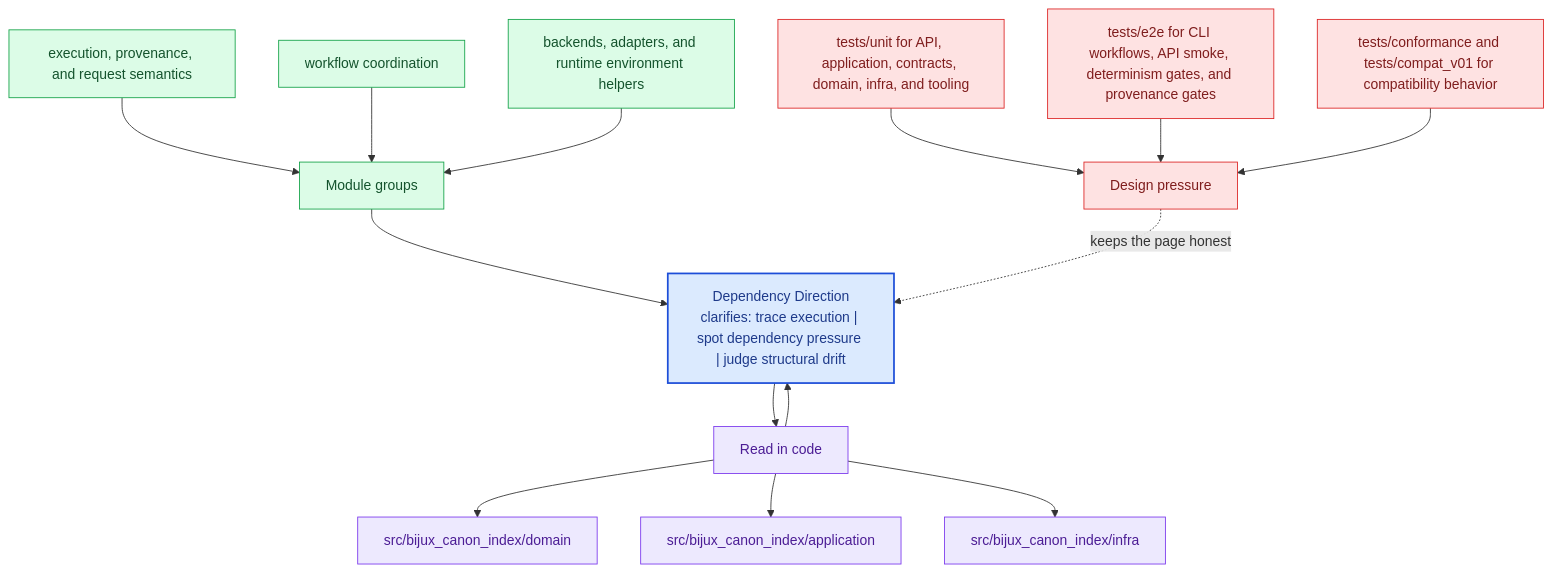
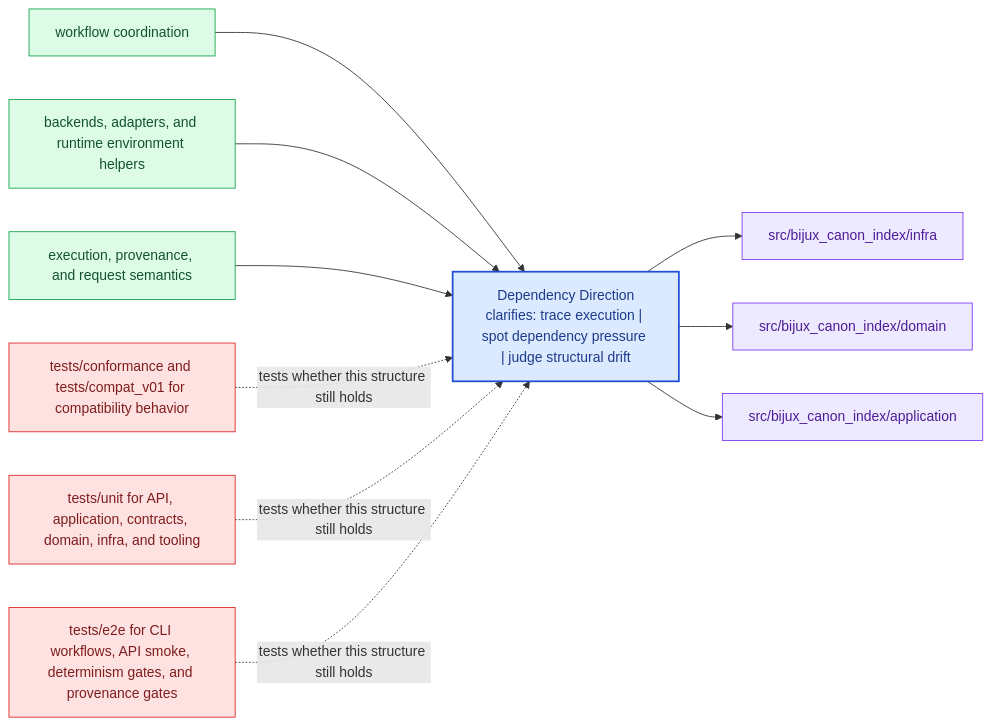
Before and after one commit to bijux/bijux-canon: the diagram in docs/bijux-canon-index/architecture/dependency-direction.md, drawn with Mermaid. The commit also changed other lines of this file and 281 other files, not shown here.

Commit message:
docs(diagrams): replace repeated mermaid scaffolds with page-specific summaries

````diff
--- a/docs/bijux-canon-index/architecture/dependency-direction.md
+++ b/docs/bijux-canon-index/architecture/dependency-direction.md
@@ -68,40 +23,31 @@
 ```mermaid
-flowchart TB
-    promise["Dependency Direction<br/>clarifies: trace execution | spot dependency pressure | judge structural drift"]
-    classDef promise fill:#dbeafe,stroke:#1d4ed8,color:#1e3a8a,stroke-width:2px;
-    classDef driver fill:#dcfce7,stroke:#16a34a,color:#14532d;
-    classDef constraint fill:#fee2e2,stroke:#dc2626,color:#7f1d1d;
-    classDef ground fill:#ede9fe,stroke:#7c3aed,color:#4c1d95;
-    focus1["Module groups"]
-    focus1 --> promise
-    focus1_1["execution, provenance, and request semantics"]
-    focus1_1 --> focus1
-    focus1_2["workflow coordination"]
-    focus1_2 --> focus1
-    focus1_3["backends, adapters, and runtime environment helpers"]
-    focus1_3 --> focus1
-    class focus1 driver;
-    class focus1_1,focus1_2,focus1_3 driver;
-    focus2["Read in code"]
-    focus2 --> promise
-    promise --> focus2
-    focus2_1["src/bijux_canon_index/domain"]
-    focus2 --> focus2_1
-    focus2_2["src/bijux_canon_index/application"]
-    focus2 --> focus2_2
-    focus2_3["src/bijux_canon_index/infra"]
-    focus2 --> focus2_3
-    class focus2 ground;
-    class focus2_1,focus2_2,focus2_3 ground;
-    focus3["Design pressure"]
-    focus3 -.keeps the page honest.-> promise
-    focus3_1["tests/unit for API, application, contracts, domain, infra, and tooling"]
-    focus3_1 --> focus3
-    focus3_2["tests/e2e for CLI workflows, API smoke, determinism gates, and provenance gates"]
-    focus3_2 --> focus3
-    focus3_3["tests/conformance and tests/compat_v01 for compatibility behavior"]
-    focus3_3 --> focus3
-    class focus3 constraint;
-    class focus3_1,focus3_2,focus3_3 constraint;
-    class promise promise;
+flowchart LR
+    page["Dependency Direction<br/>clarifies: trace execution | spot dependency pressure | judge structural drift"]
+    classDef page fill:#dbeafe,stroke:#1d4ed8,color:#1e3a8a,stroke-width:2px;
+    classDef positive fill:#dcfce7,stroke:#16a34a,color:#14532d;
+    classDef caution fill:#fee2e2,stroke:#dc2626,color:#7f1d1d;
+    classDef anchor fill:#ede9fe,stroke:#7c3aed,color:#4c1d95;
+    classDef action fill:#fef3c7,stroke:#d97706,color:#7c2d12;
+    module1["workflow coordination"]
+    module1 --> page
+    module2["backends, adapters, and runtime environment helpers"]
+    module2 --> page
+    module3["execution, provenance, and request semantics"]
+    module3 --> page
+    code1["src/bijux_canon_index/infra"]
+    page --> code1
+    code2["src/bijux_canon_index/domain"]
+    page --> code2
+    code3["src/bijux_canon_index/application"]
+    page --> code3
+    pressure1["tests/conformance and tests/compat_v01 for compatibility behavior"]
+    pressure1 -.tests whether this structure still holds.-> page
+    pressure2["tests/unit for API, application, contracts, domain, infra, and tooling"]
+    pressure2 -.tests whether this structure still holds.-> page
+    pressure3["tests/e2e for CLI workflows, API smoke, determinism gates, and provenance gates"]
+    pressure3 -.tests whether this structure still holds.-> page
+    class page page;
+    class module1,module2,module3 positive;
+    class code1,code2,code3 anchor;
+    class pressure1,pressure2,pressure3 caution;
 ```
````
